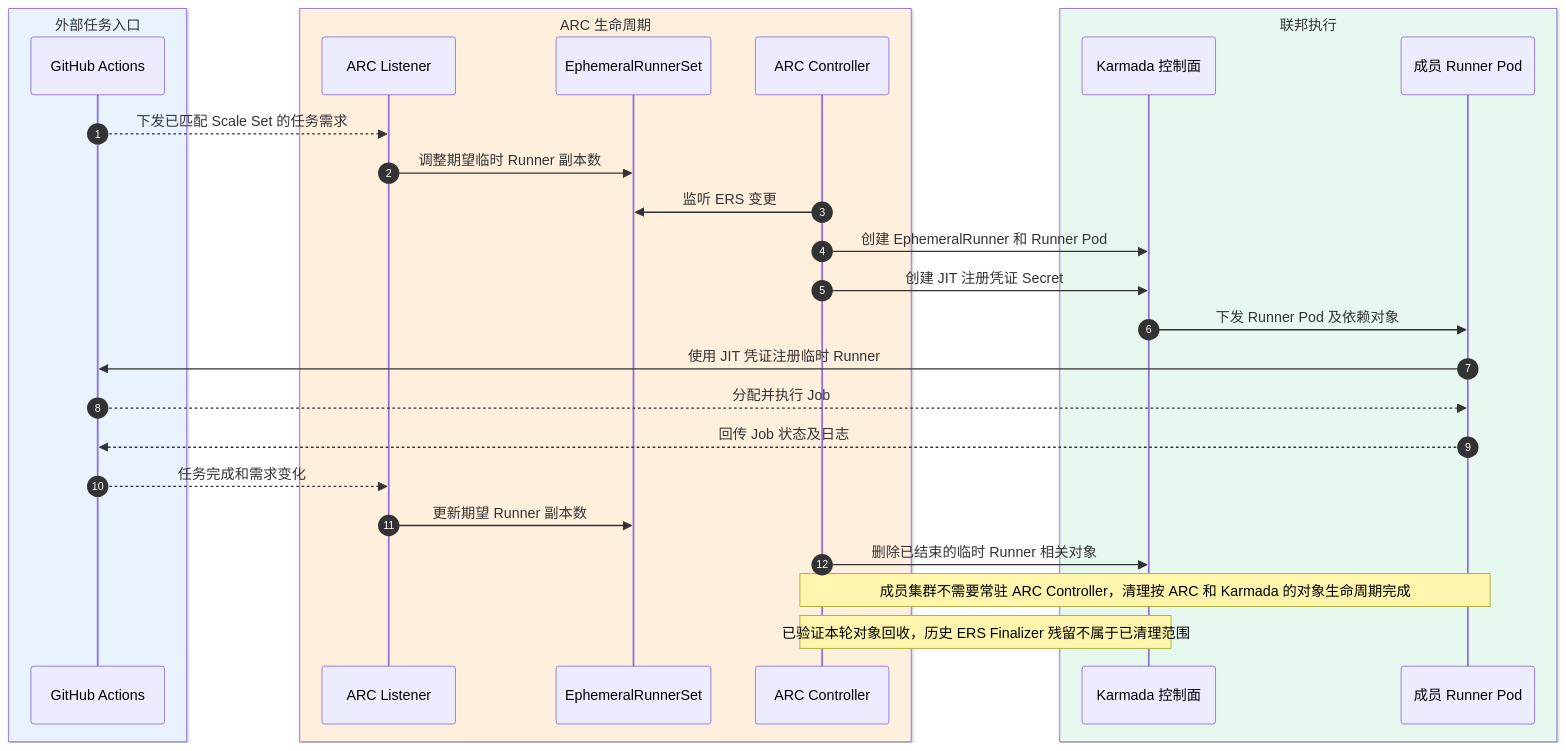
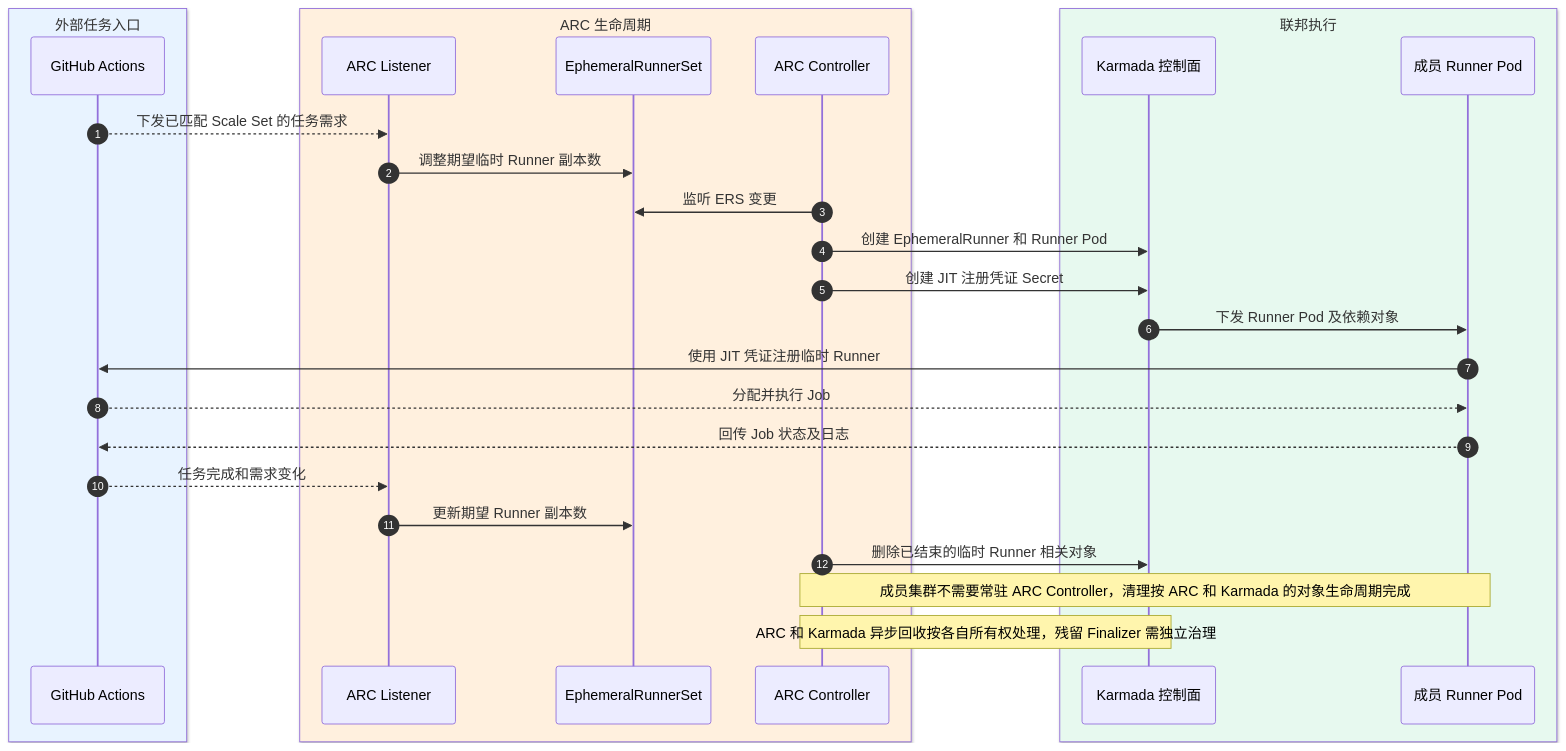
The second of 8 diagrams in docs/KARMADA-ARC-SUBSYSTEM-DESIGN.md (pkking/arc-karmada-test), drawn with Mermaid before and after one commit. The commit also changed other lines of this file, not shown here.

Commit message:
docs: shift architecture design evidence to official ARC Karmada Kubernetes docs, remove PoC acceptance gate

````diff
--- a/docs/KARMADA-ARC-SUBSYSTEM-DESIGN.md
+++ b/docs/KARMADA-ARC-SUBSYSTEM-DESIGN.md
@@ -259,31 +262,31 @@
 ```mermaid
 sequenceDiagram
     autonumber
     box rgb(232,243,255) 外部任务入口
         participant GH as GitHub Actions
     end
     box rgb(255,240,222) ARC 生命周期
         participant L as ARC Listener
         participant ERS as EphemeralRunnerSet
         participant C as ARC Controller
     end
     box rgb(231,249,239) 联邦执行
         participant K as Karmada 控制面
         participant Pod as 成员 Runner Pod
     end
 
     GH-->>L: 下发已匹配 Scale Set 的任务需求
     L->>ERS: 调整期望临时 Runner 副本数
     C->>ERS: 监听 ERS 变更
     C->>K: 创建 EphemeralRunner 和 Runner Pod
     C->>K: 创建 JIT 注册凭证 Secret
     K->>Pod: 下发 Runner Pod 及依赖对象
     Pod->>GH: 使用 JIT 凭证注册临时 Runner
     GH-->>Pod: 分配并执行 Job
     Pod-->>GH: 回传 Job 状态及日志
     GH-->>L: 任务完成和需求变化
     L->>ERS: 更新期望 Runner 副本数
     C->>K: 删除已结束的临时 Runner 相关对象
     Note over C,Pod: 成员集群不需要常驻 ARC Controller，清理按 ARC 和 Karmada 的对象生命周期完成
-    Note over C,K: 已验证本轮对象回收，历史 ERS Finalizer 残留不属于已清理范围
+    Note over C,K: ARC 和 Karmada 异步回收按各自所有权处理，残留 Finalizer 需独立治理
 ```
````
